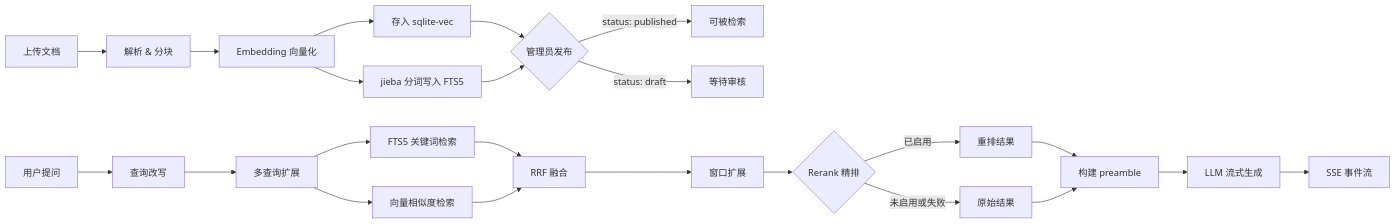
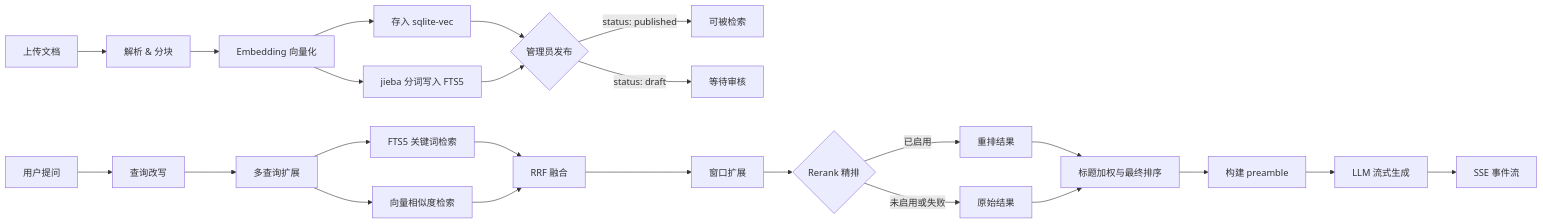
The diagram in docs-web/content/docs/zh/architecture.mdx (timzaak/rwiki), drawn with Mermaid before and after one commit. The commit also changed other lines of this file and 15 other files, not shown here.

````diff
--- a/docs-web/content/docs/zh/architecture.mdx
+++ b/docs-web/content/docs/zh/architecture.mdx
@@ -22,26 +22,27 @@
 ```mermaid
 flowchart LR
     A[上传文档] --> B[解析 & 分块]
     B --> C[Embedding 向量化]
     C --> D[存入 sqlite-vec]
     C --> E[jieba 分词写入 FTS5]
     D --> F{管理员发布}
     E --> F
     F -->|status: published| G[可被检索]
     F -->|status: draft| H[等待审核]
 
     I[用户提问] --> J[查询改写]
     J --> K[多查询扩展]
     K --> L1[FTS5 关键词检索]
     K --> L2[向量相似度检索]
     L1 --> M[RRF 融合]
     L2 --> M
     M --> N[窗口扩展]
     N --> R{Rerank 精排}
     R -->|已启用| S[重排结果]
     R -->|未启用或失败| T[原始结果]
-    S --> O[构建 preamble]
-    T --> O
+    S --> U[标题加权与最终排序]
+    T --> U
+    U --> O[构建 preamble]
     O --> P[LLM 流式生成]
     P --> Q[SSE 事件流]
 ```
````
